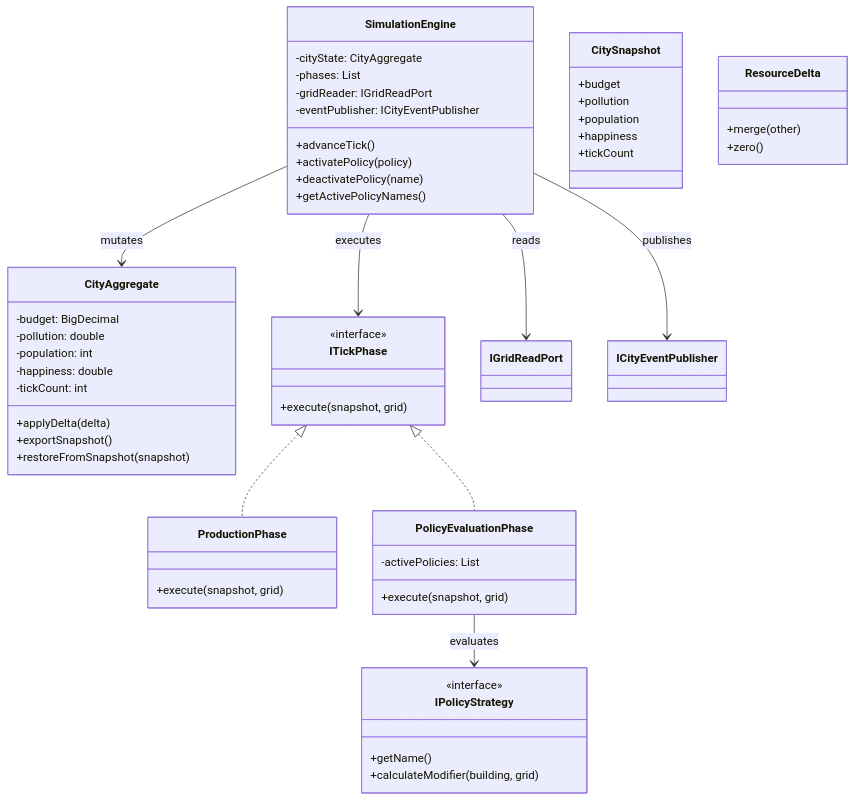
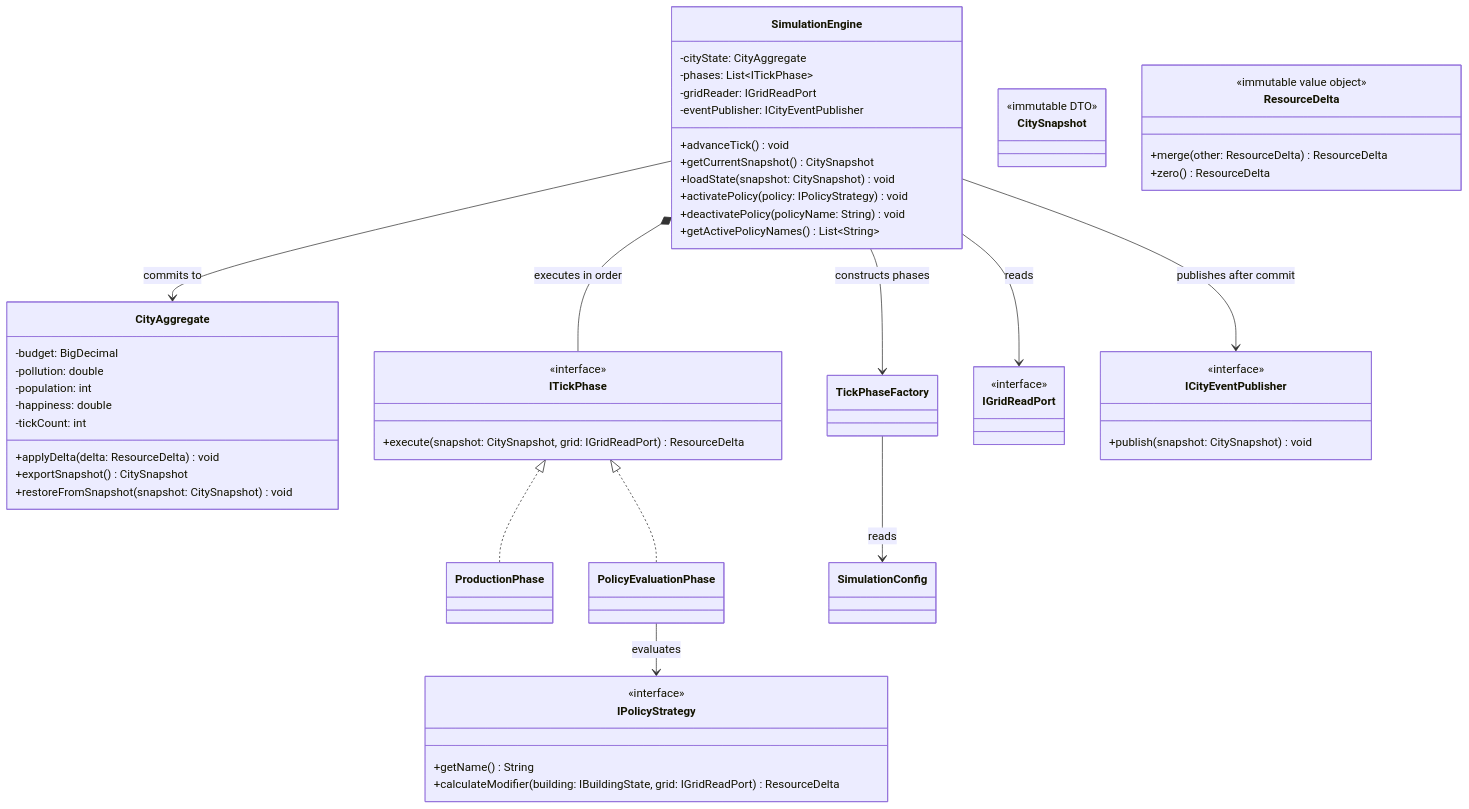
Before and after one commit to LeonardoBellan/CityLogic: the second of 3 diagrams in docs/design-document.md, drawn with Mermaid. The commit also changed other lines of this file and 22 other files, not shown here.

````diff
--- a/docs/design-document.md
+++ b/docs/design-document.md
@@ -90,67 +124,55 @@
 ```mermaid
 classDiagram
     direction TB
-
     class SimulationEngine {
         -cityState: CityAggregate
-        -phases: List<ITickPhase>
+        -phases: List~ITickPhase~
         -gridReader: IGridReadPort
         -eventPublisher: ICityEventPublisher
-        +advanceTick()
-        +activatePolicy(policy)
-        +deactivatePolicy(name)
-        +getActivePolicyNames()
+        +advanceTick() void
+        +getCurrentSnapshot() CitySnapshot
+        +loadState(snapshot: CitySnapshot) void
+        +activatePolicy(policy: IPolicyStrategy) void
+        +deactivatePolicy(policyName: String) void
+        +getActivePolicyNames() List~String~
     }
-
     class CityAggregate {
         -budget: BigDecimal
         -pollution: double
         -population: int
         -happiness: double
         -tickCount: int
-        +applyDelta(delta)
-        +exportSnapshot()
-        +restoreFromSnapshot(snapshot)
+        +applyDelta(delta: ResourceDelta) void
+        +exportSnapshot() CitySnapshot
+        +restoreFromSnapshot(snapshot: CitySnapshot) void
     }
-
-    class CitySnapshot {
-        +budget
-        +pollution
-        +population
-        +happiness
-        +tickCount
+    class CitySnapshot { <<immutable DTO>> }
+    class ResourceDelta { <<immutable value object>>
+        +merge(other: ResourceDelta) ResourceDelta
+        +zero() ResourceDelta
     }
-
-    class ResourceDelta {
-        +merge(other)
-        +zero()
+    class ITickPhase { <<interface>>
+        +execute(snapshot: CitySnapshot, grid: IGridReadPort) ResourceDelta
     }
-
-    class ITickPhase {
-        <<interface>>
-        +execute(snapshot, grid)
+    class ProductionPhase
+    class PolicyEvaluationPhase
+    class TickPhaseFactory
+    class SimulationConfig
+    class IGridReadPort { <<interface>> }
+    class ICityEventPublisher { <<interface>>
+        +publish(snapshot: CitySnapshot) void
     }
-
-    class ProductionPhase {
-        +execute(snapshot, grid)
+    class IPolicyStrategy { <<interface>>
+        +getName() String
+        +calculateModifier(building: IBuildingState, grid: IGridReadPort) ResourceDelta
     }
-
-    class PolicyEvaluationPhase {
-        -activePolicies: List<IPolicyStrategy>
-        +execute(snapshot, grid)
-    }
-
-    class IPolicyStrategy {
-        <<interface>>
-        +getName()
-        +calculateModifier(building, grid)
-    }
-
-    SimulationEngine --> CityAggregate : mutates
-    SimulationEngine --> ITickPhase : executes
+    SimulationEngine --> CityAggregate : commits to
     SimulationEngine --> IGridReadPort : reads
-    SimulationEngine --> ICityEventPublisher : publishes
+    SimulationEngine --> ICityEventPublisher : publishes after commit
+    SimulationEngine *-- ITickPhase : executes in order
+    SimulationEngine --> TickPhaseFactory : constructs phases
+    TickPhaseFactory --> SimulationConfig : reads
     ITickPhase <|.. ProductionPhase
     ITickPhase <|.. PolicyEvaluationPhase
     PolicyEvaluationPhase --> IPolicyStrategy : evaluates
 ```
````
